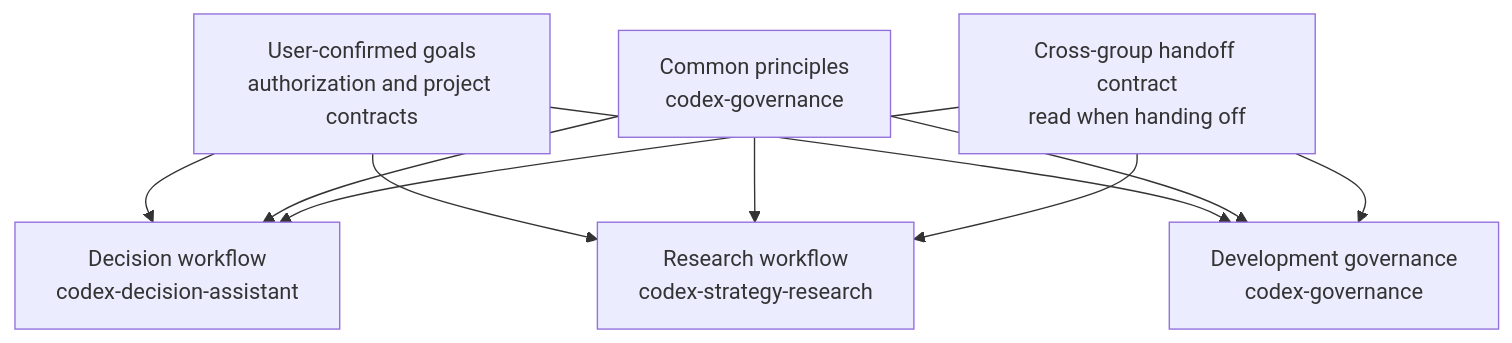
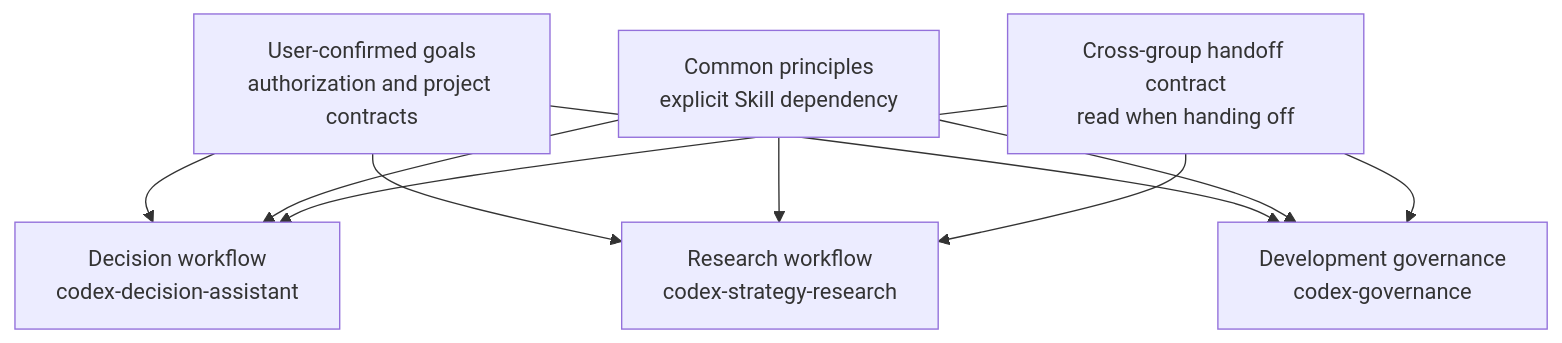
Before and after one commit to slowchillchill/codex-decision-assistant: the first of 2 diagrams in README.md, drawn with Mermaid. The commit also changed other lines of this file and 6 other files, not shown here.

````diff
--- a/README.md
+++ b/README.md
@@ -19,18 +19,18 @@
 ```mermaid
 flowchart TD
     U["User-confirmed goals<br/>authorization and project contracts"]
-    P["Common principles<br/>codex-governance"]
+    P["Common principles<br/>explicit Skill dependency"]
     C["Cross-group handoff contract<br/>read when handing off"]
     D["Decision workflow<br/>codex-decision-assistant"]
     R["Research workflow<br/>codex-strategy-research"]
     E["Development governance<br/>codex-governance"]
     U --> D
     U --> R
     U --> E
     P --> D
     P --> R
     P --> E
     C --> D
     C --> R
     C --> E
 ```
````
